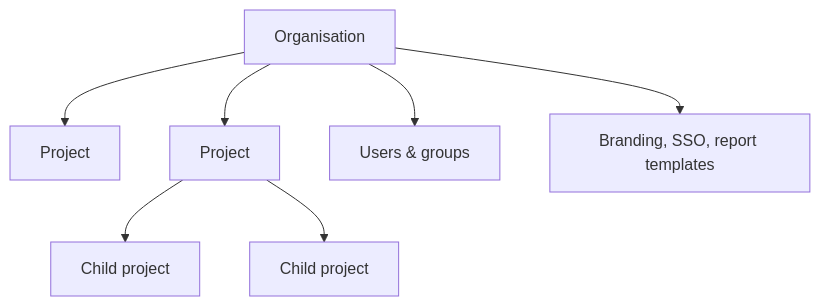
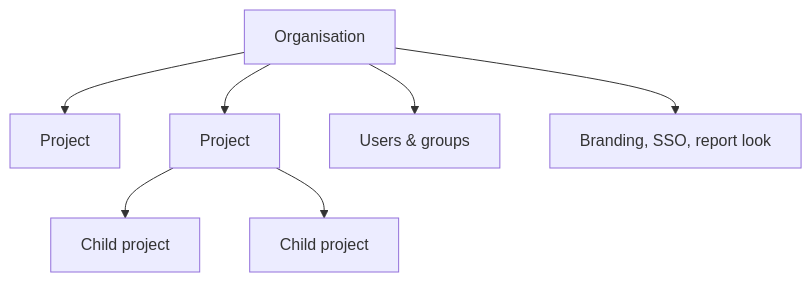
Before and after one commit to ballardr/reqtrackmanager: the diagram in docs/website/docs/concepts/organisations-and-projects.md, drawn with Mermaid. The commit also changed 174 other files, not shown here.

````diff
--- a/docs/website/docs/concepts/organisations-and-projects.md
+++ b/docs/website/docs/concepts/organisations-and-projects.md
@@ -11,9 +11,9 @@
 ```mermaid
 flowchart TB
     Org[Organisation] --> P1[Project]
     Org --> P2[Project]
     P2 --> P2a[Child project]
     P2 --> P2b[Child project]
     Org --> Users["Users & groups"]
-    Org --> Settings["Branding, SSO, report templates"]
+    Org --> Settings["Branding, SSO, report look"]
 ```
````
